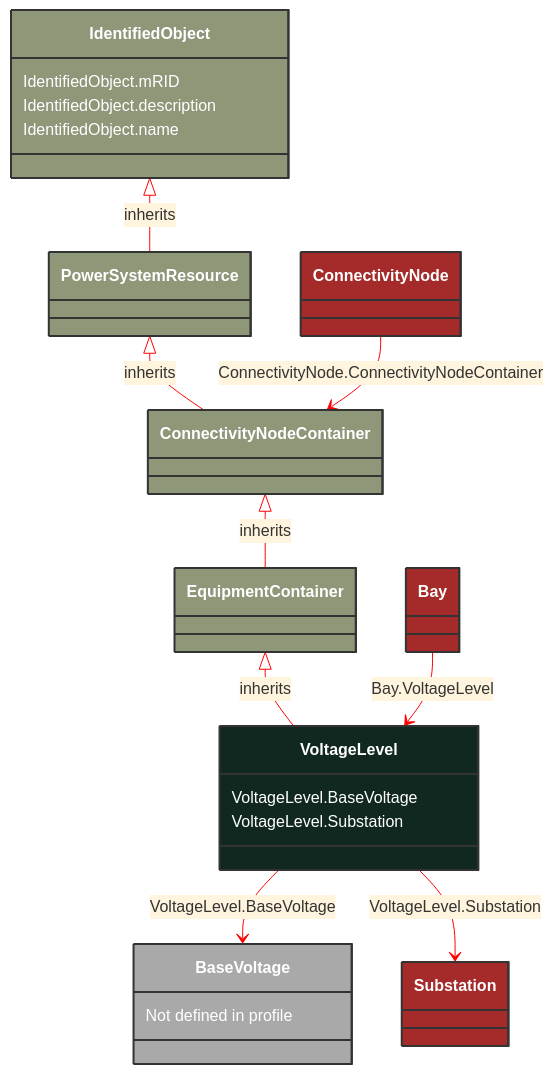
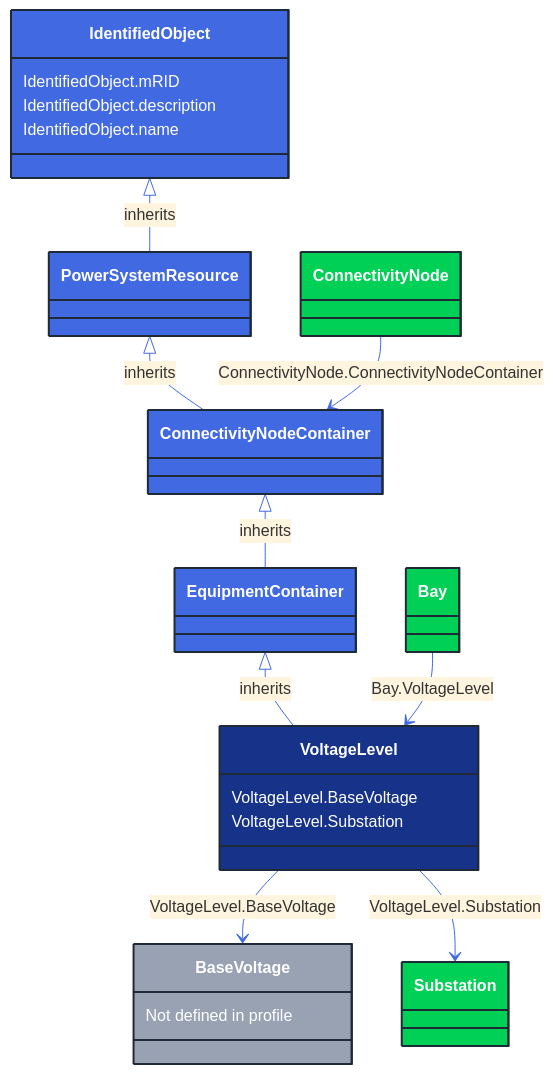
Before and after one commit to 3lbits/NoCIMExtensions: the diagram in docs/Models/Profiles/EquipmentBoundary/ConcreteClasses/VoltageLevel.md, drawn with Mermaid. The commit also changed 362 other files, not shown here.

First line of the commit message:
Update diagrams and styles for improved visual consistency

````diff
--- a/docs/Models/Profiles/EquipmentBoundary/ConcreteClasses/VoltageLevel.md
+++ b/docs/Models/Profiles/EquipmentBoundary/ConcreteClasses/VoltageLevel.md
@@ -8,54 +8,54 @@
 ```mermaid
-%%{init: {'theme':'base','themeVariables': {'lineColor': '#FF0000'}}}%%
+%%{init: {'theme':'base','themeVariables': {'lineColor': '#4169E1'}}}%%
 classDiagram
     class VoltageLevel
     click VoltageLevel href "/Models/Profiles/EquipmentBoundary/ConcreteClasses/VoltageLevel/"
-    style VoltageLevel fill:#102820,stroke:#333,stroke-width:2px,rx:10,ry:10,color:white
+    style VoltageLevel fill:#163289,stroke:#1F2A37,stroke-width:2px,rx:10,ry:10,color:white
      
         EquipmentContainer <|-- VoltageLevel : inherits
             click EquipmentContainer href "/Models/Profiles/EquipmentBoundary/AbstractClasses/EquipmentContainer/"
-            style EquipmentContainer fill:#8F9779,stroke:#333,stroke-width:2px,rx:10,ry:10,color:white
+            style EquipmentContainer fill:#4169E1,stroke:#1F2A37,stroke-width:2px,rx:10,ry:10,color:white
      
         ConnectivityNodeContainer <|-- EquipmentContainer : inherits
             click ConnectivityNodeContainer href "/Models/Profiles/EquipmentBoundary/AbstractClasses/ConnectivityNodeContainer/"
-            style ConnectivityNodeContainer fill:#8F9779,stroke:#333,stroke-width:2px,rx:10,ry:10,color:white
+            style ConnectivityNodeContainer fill:#4169E1,stroke:#1F2A37,stroke-width:2px,rx:10,ry:10,color:white
      
         PowerSystemResource <|-- ConnectivityNodeContainer : inherits
             click PowerSystemResource href "/Models/Profiles/EquipmentBoundary/AbstractClasses/PowerSystemResource/"
-            style PowerSystemResource fill:#8F9779,stroke:#333,stroke-width:2px,rx:10,ry:10,color:white
+            style PowerSystemResource fill:#4169E1,stroke:#1F2A37,stroke-width:2px,rx:10,ry:10,color:white
      
         IdentifiedObject <|-- PowerSystemResource : inherits
             click IdentifiedObject href "/Models/Profiles/EquipmentBoundary/AbstractClasses/IdentifiedObject/"
-            style IdentifiedObject fill:#8F9779,stroke:#333,stroke-width:2px,rx:10,ry:10,color:white
+            style IdentifiedObject fill:#4169E1,stroke:#1F2A37,stroke-width:2px,rx:10,ry:10,color:white
 
         VoltageLevel --> BaseVoltage : VoltageLevel.BaseVoltage
 
         BaseVoltage : Not defined in profile
 
         BaseVoltage
-            style BaseVoltage fill:#A9A9A9,stroke:#333,stroke-width:2px,rx:10,ry:10,color:white
+            style BaseVoltage fill:#98A2B3,stroke:#1F2A37,stroke-width:2px,rx:10,ry:10,color:white
         VoltageLevel --> Substation : VoltageLevel.Substation
 
         Substation
             click Substation href "/Models/Profiles/EquipmentBoundary/ConcreteClasses/Substation/"
-            style Substation fill:#A52A2A,stroke:#333,stroke-width:2px,rx:10,ry:10,color:white
+            style Substation fill:#00D156,stroke:#1F2A37,stroke-width:2px,rx:10,ry:10,color:white
 
         Bay --> VoltageLevel : Bay.VoltageLevel
 
         Bay
             click Bay href "/Models/Profiles/EquipmentBoundary/ConcreteClasses/Bay/"
-            style Bay fill:#A52A2A,stroke:#333,stroke-width:2px,rx:10,ry:10,color:white
+            style Bay fill:#00D156,stroke:#1F2A37,stroke-width:2px,rx:10,ry:10,color:white
 
         ConnectivityNode --> ConnectivityNodeContainer : ConnectivityNode.ConnectivityNodeContainer
 
         ConnectivityNode
             click ConnectivityNode href "/Models/Profiles/EquipmentBoundary/ConcreteClasses/ConnectivityNode/"
-            style ConnectivityNode fill:#A52A2A,stroke:#333,stroke-width:2px,rx:10,ry:10,color:white
+            style ConnectivityNode fill:#00D156,stroke:#1F2A37,stroke-width:2px,rx:10,ry:10,color:white
 
 
         VoltageLevel : VoltageLevel.BaseVoltage
         VoltageLevel : VoltageLevel.Substation
         IdentifiedObject : IdentifiedObject.mRID
         IdentifiedObject : IdentifiedObject.description
         IdentifiedObject : IdentifiedObject.name
 ```
````
